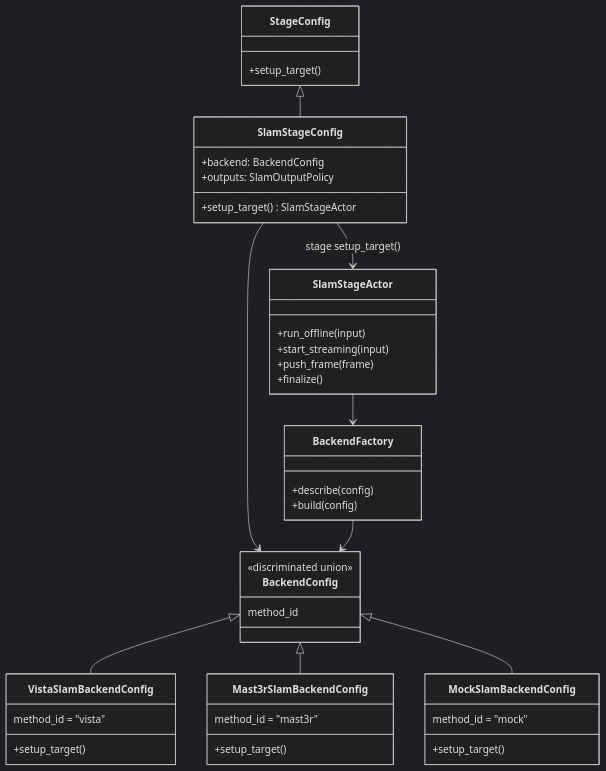
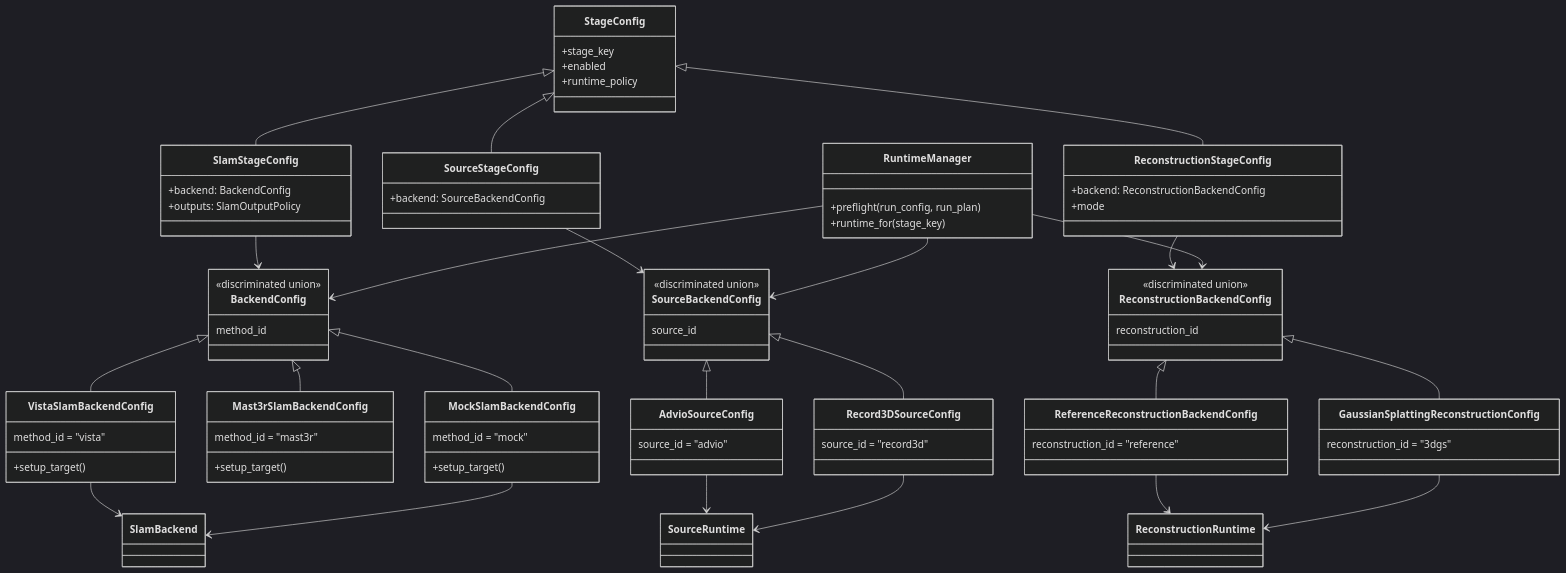
One commit to JanDuchscherer104/prml-vslam changed diagram 13 of 13 in docs/architecture/pipeline-stage-refactor-target.md. Above: the diagram before and after it, drawn with Mermaid (dark theme). The commit also changed other lines of this file and 1 other file, not shown here.

Commit message:
docs: update refactor plan

````diff
--- a/docs/architecture/pipeline-stage-refactor-target.md
+++ b/docs/architecture/pipeline-stage-refactor-target.md
@@ -1200,18 +1447,38 @@
 ```mermaid
 classDiagram
     class StageConfig {
-        +setup_target()
+        +stage_key
+        +enabled
+        +runtime_policy
     }
 
     class SlamStageConfig {
         +backend: BackendConfig
         +outputs: SlamOutputPolicy
-        +setup_target() SlamStageActor
+    }
+
+    class SourceStageConfig {
+        +backend: SourceBackendConfig
+    }
+
+    class ReconstructionStageConfig {
+        +backend: ReconstructionBackendConfig
+        +mode
     }
 
     class BackendConfig {
         <<discriminated union>>
         method_id
+    }
+
+    class SourceBackendConfig {
+        <<discriminated union>>
+        source_id
+    }
+
+    class ReconstructionBackendConfig {
+        <<discriminated union>>
+        reconstruction_id
     }
 
     class VistaSlamBackendConfig {
@@ -1229,24 +1496,47 @@
         +setup_target()
     }
 
-    class BackendFactory {
-        +describe(config)
-        +build(config)
+    class AdvioSourceConfig {
+        source_id = "advio"
     }
 
-    class SlamStageActor {
-        +run_offline(input)
-        +start_streaming(input)
-        +push_frame(frame)
-        +finalize()
+    class Record3DSourceConfig {
+        source_id = "record3d"
+    }
+
+    class ReferenceReconstructionBackendConfig {
+        reconstruction_id = "reference"
+    }
+
+    class GaussianSplattingReconstructionConfig {
+        reconstruction_id = "3dgs"
+    }
+
+    class RuntimeManager {
+        +preflight(run_config, run_plan)
+        +runtime_for(stage_key)
     }
 
     StageConfig <|-- SlamStageConfig
+    StageConfig <|-- SourceStageConfig
+    StageConfig <|-- ReconstructionStageConfig
     SlamStageConfig --> BackendConfig
+    SourceStageConfig --> SourceBackendConfig
+    ReconstructionStageConfig --> ReconstructionBackendConfig
     BackendConfig <|-- VistaSlamBackendConfig
     BackendConfig <|-- Mast3rSlamBackendConfig
     BackendConfig <|-- MockSlamBackendConfig
-    SlamStageConfig --> SlamStageActor : stage setup_target()
-    SlamStageActor --> BackendFactory
-    BackendFactory --> BackendConfig
+    SourceBackendConfig <|-- AdvioSourceConfig
+    SourceBackendConfig <|-- Record3DSourceConfig
+    ReconstructionBackendConfig <|-- ReferenceReconstructionBackendConfig
+    ReconstructionBackendConfig <|-- GaussianSplattingReconstructionConfig
+    VistaSlamBackendConfig --> SlamBackend
+    MockSlamBackendConfig --> SlamBackend
+    AdvioSourceConfig --> SourceRuntime
+    Record3DSourceConfig --> SourceRuntime
+    ReferenceReconstructionBackendConfig --> ReconstructionRuntime
+    GaussianSplattingReconstructionConfig --> ReconstructionRuntime
+    RuntimeManager --> BackendConfig
+    RuntimeManager --> SourceBackendConfig
+    RuntimeManager --> ReconstructionBackendConfig
 ```
````
